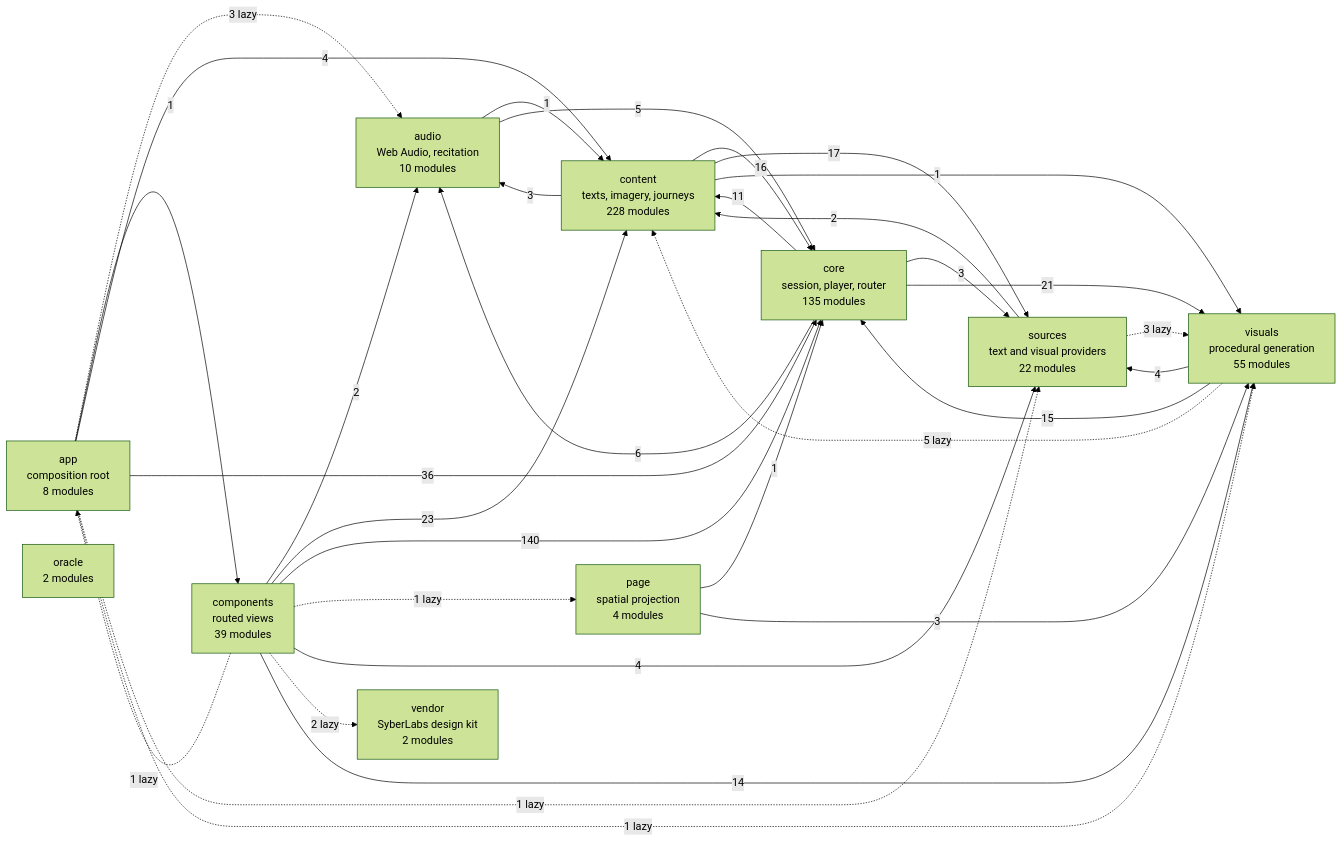
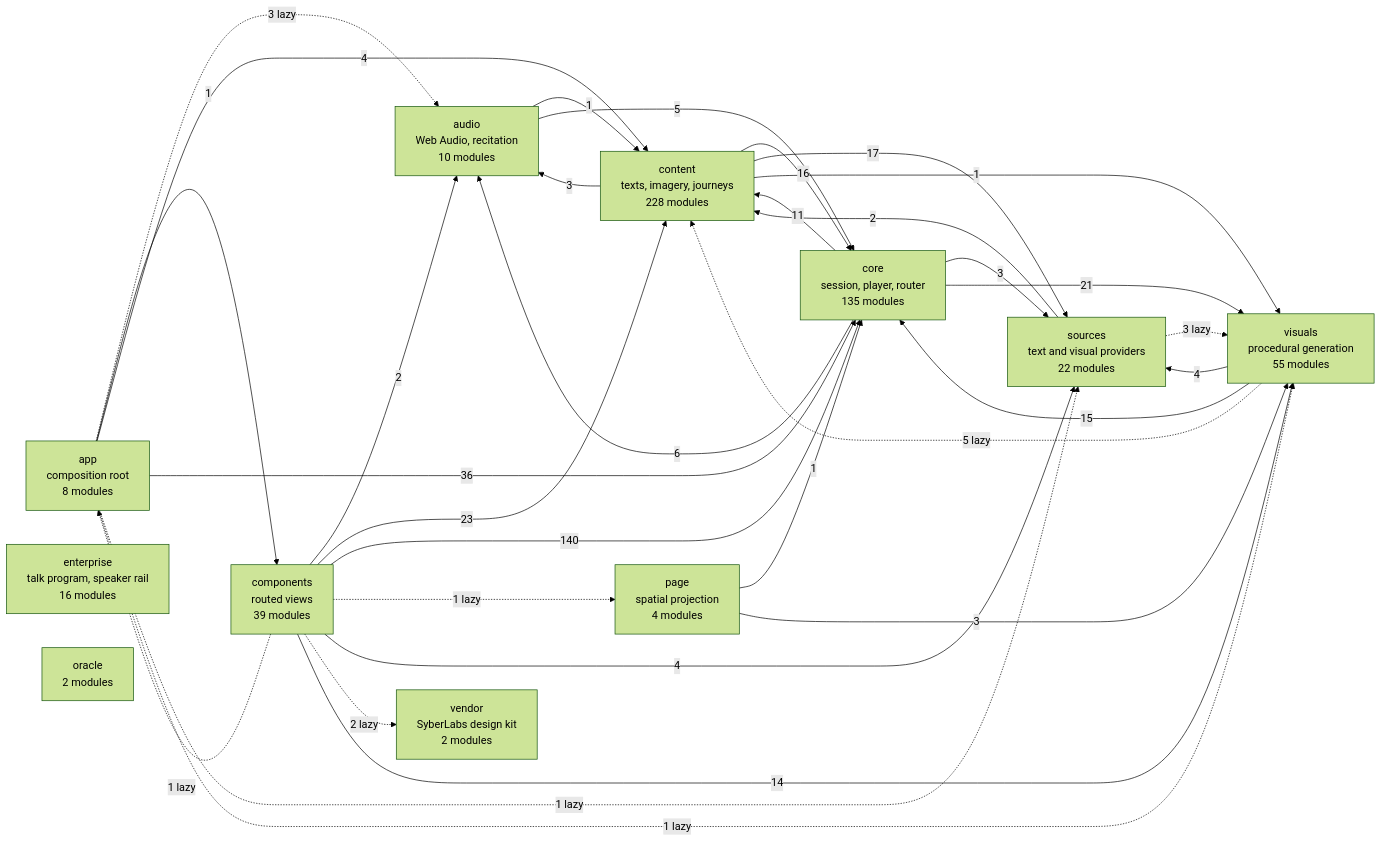
Before and after one commit to SyberLabs/RISE: the diagram in docs/specs/ARCHITECTURE.md, drawn with Mermaid (forest theme). The commit also changed other lines of this file and 26 other files, not shown here.

````diff
--- a/docs/specs/ARCHITECTURE.md
+++ b/docs/specs/ARCHITECTURE.md
@@ -160,45 +160,46 @@
 ```mermaid
 flowchart LR
     app["app<br/>composition root<br/>8 modules"]
     audio["audio<br/>Web Audio, recitation<br/>10 modules"]
     components["components<br/>routed views<br/>39 modules"]
     content["content<br/>texts, imagery, journeys<br/>228 modules"]
     core["core<br/>session, player, router<br/>135 modules"]
+    enterprise["enterprise<br/>talk program, speaker rail<br/>16 modules"]
     oracle["oracle<br/>2 modules"]
     page["page<br/>spatial projection<br/>4 modules"]
     sources["sources<br/>text and visual providers<br/>22 modules"]
     vendor["vendor<br/>SyberLabs design kit<br/>2 modules"]
     visuals["visuals<br/>procedural generation<br/>55 modules"]
 
     app -.-> |3 lazy| audio
     app --> |1| components
     app --> |4| content
     app --> |36| core
     app -.-> |1 lazy| sources
     app -.-> |1 lazy| visuals
     audio --> |1| content
     audio --> |5| core
     components -.-> |1 lazy| app
     components --> |2| audio
     components --> |23| content
     components --> |140| core
     components -.-> |1 lazy| page
     components --> |4| sources
     components -.-> |2 lazy| vendor
     components --> |14| visuals
     content --> |3| audio
     content --> |16| core
     content --> |17| sources
     content --> |1| visuals
     core --> |6| audio
     core --> |11| content
     core --> |3| sources
     core --> |21| visuals
     page --> |1| core
     page --> |3| visuals
     sources --> |2| content
     sources -.-> |3 lazy| visuals
     visuals -.-> |5 lazy| content
     visuals --> |15| core
     visuals --> |4| sources
 ```
````
